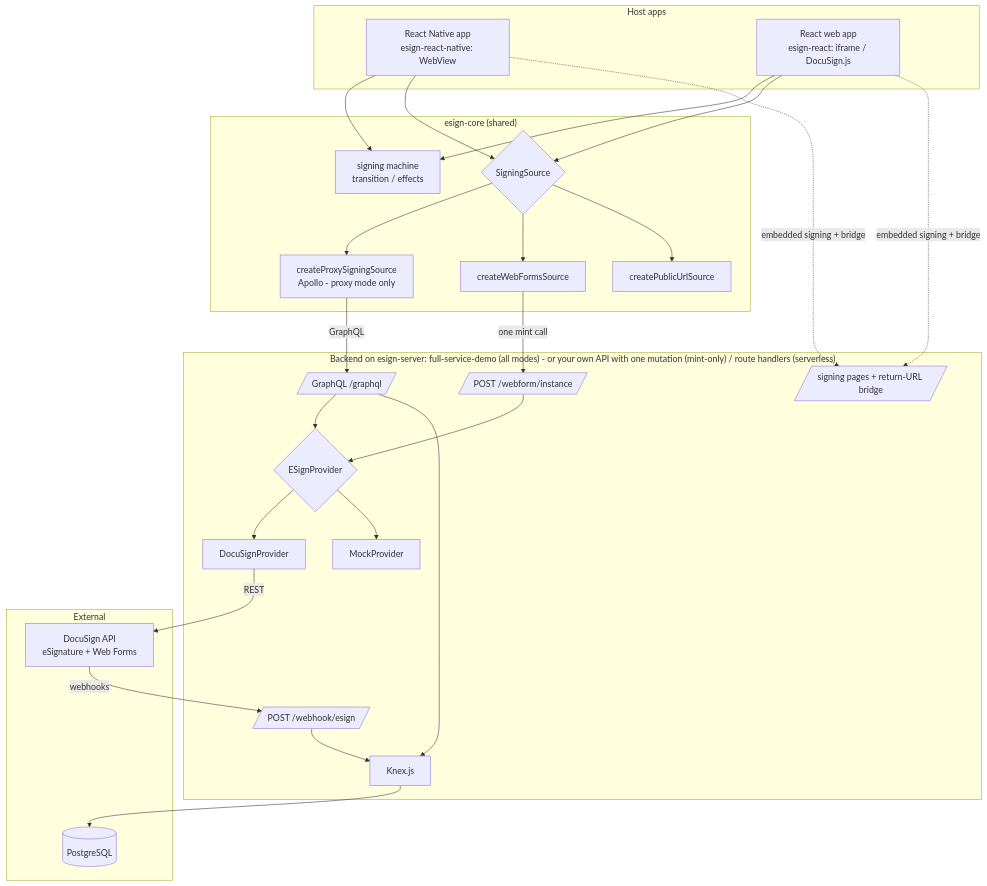
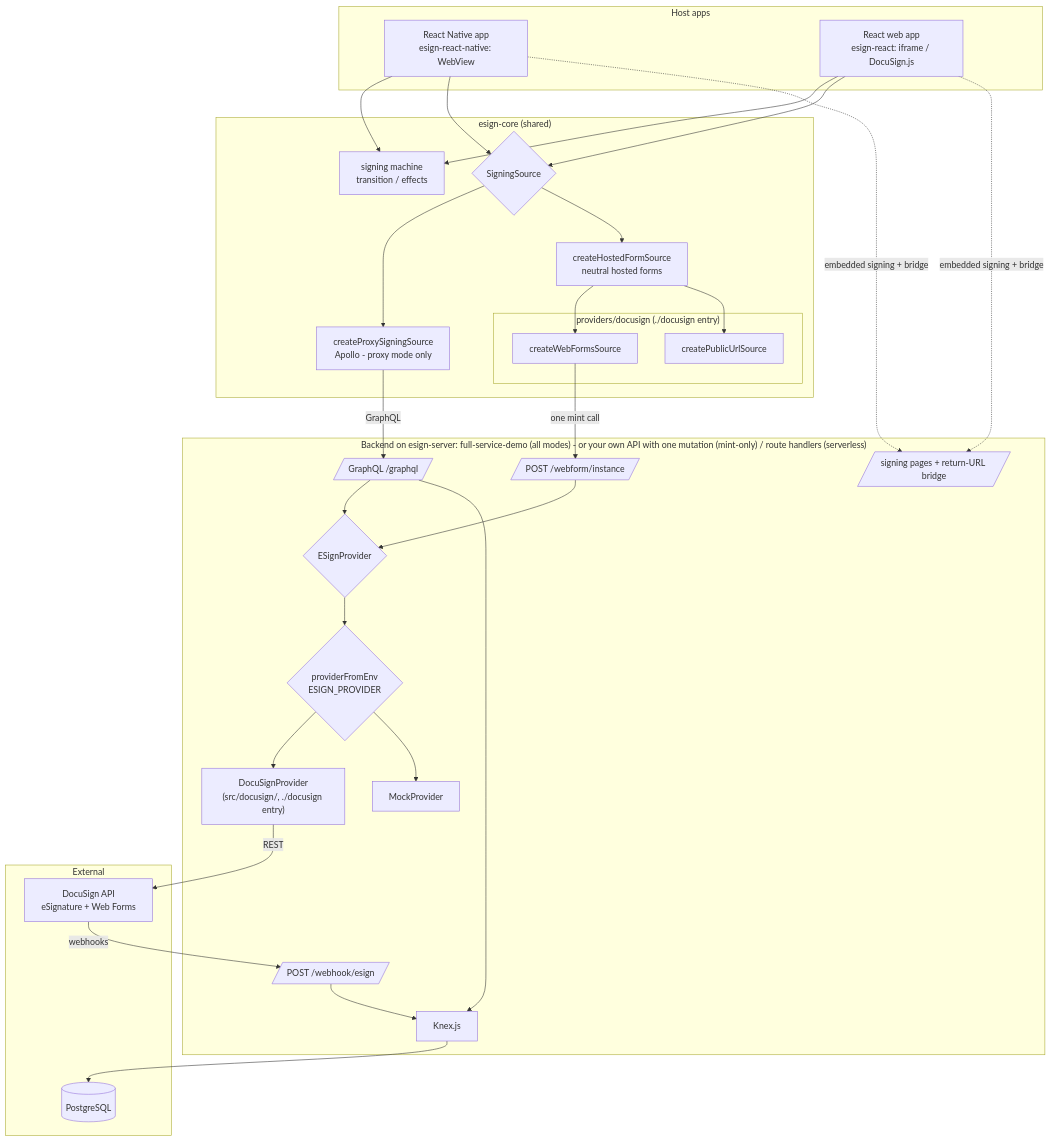
The diagram in docs/diagrams/src/system-architecture.mmd (blinkbitcoin/esign), drawn with Mermaid before and after one commit. The commit also changed 140 other files, not shown here.

First line of the commit message:
refactor: the DocuSign adapter boundary everywhere, neutral hosted-form layers and /docusign entries (#74)

```diff
--- a/docs/diagrams/src/system-architecture.mmd
+++ b/docs/diagrams/src/system-architecture.mmd
@@ -1,47 +1,53 @@
 flowchart TB
     subgraph Hosts["Host apps"]
         RN[React Native app<br/>esign-react-native: WebView]
         WEB[React web app<br/>esign-react: iframe / DocuSign.js]
     end
 
     subgraph Core["esign-core (shared)"]
         MACHINE[signing machine<br/>transition / effects]
         SRC{SigningSource}
         PROXY[createProxySigningSource<br/>Apollo - proxy mode only]
-        WF[createWebFormsSource]
-        PUB[createPublicUrlSource]
+        HF[createHostedFormSource<br/>neutral hosted forms]
+        subgraph CoreDS["providers/docusign (./docusign entry)"]
+            WF[createWebFormsSource]
+            PUB[createPublicUrlSource]
+        end
     end
 
     subgraph Backend["Backend on esign-server: full-service-demo (all modes) - or your own API with one mutation (mint-only) / route handlers (serverless)"]
         GQL[/"GraphQL /graphql"/]
         WFI[/"POST /webform/instance"/]
         WH[/"POST /webhook/esign"/]
         SP[/"signing pages + return-URL bridge"/]
         PROV{ESignProvider}
-        DS[DocuSignProvider]
+        DS["DocuSignProvider<br/>(src/docusign/, ./docusign entry)"]
         MOCK[MockProvider]
+        REG{providerFromEnv<br/>ESIGN_PROVIDER}
         KNEX[Knex.js]
     end
 
     subgraph External["External"]
         DOCU[DocuSign API<br/>eSignature + Web Forms]
         DB[(PostgreSQL)]
     end
 
     RN --> MACHINE
     WEB --> MACHINE
     RN --> SRC
     WEB --> SRC
-    SRC --> PROXY & WF & PUB
+    SRC --> PROXY & HF
+    HF --> WF & PUB
     PROXY -->|GraphQL| GQL
     WF -->|one mint call| WFI
     GQL --> PROV
     WFI --> PROV
-    PROV --> DS & MOCK
+    PROV --> REG
+    REG --> DS & MOCK
     DS -->|REST| DOCU
     DOCU -->|webhooks| WH
     GQL --> KNEX
     WH --> KNEX
     KNEX --> DB
     RN -.->|embedded signing + bridge| SP
     WEB -.->|embedded signing + bridge| SP
```
